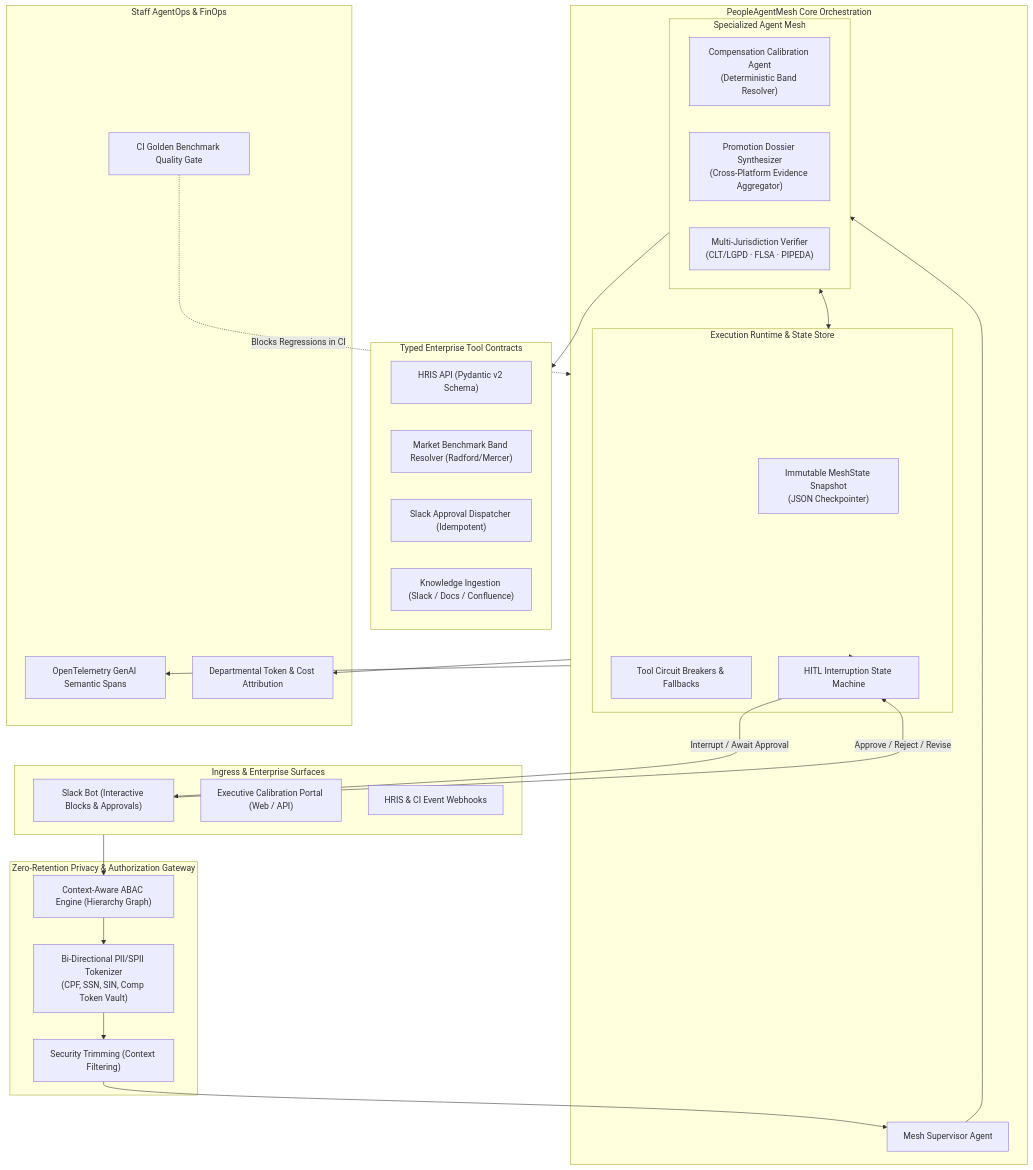
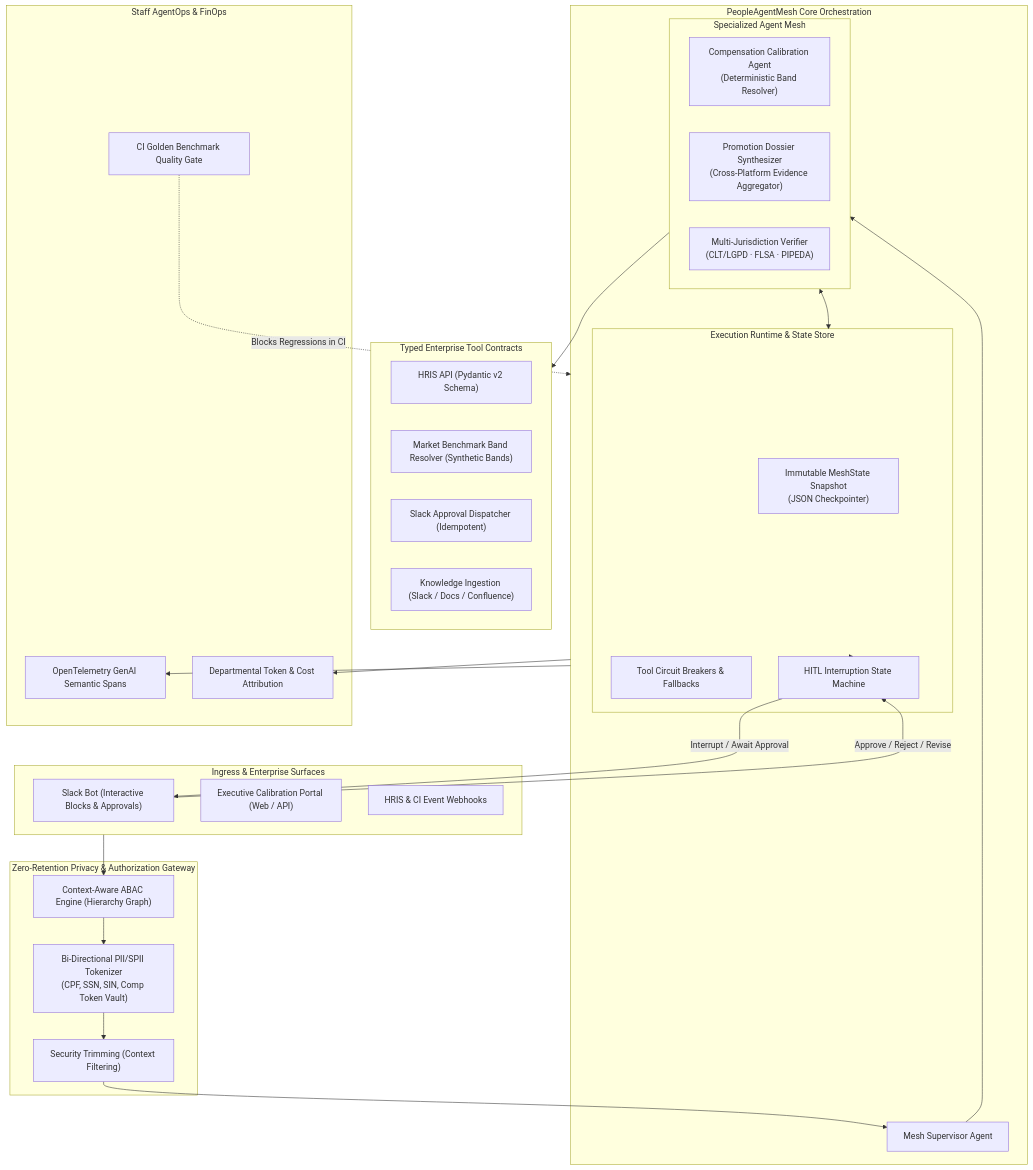
Before and after one commit to pedrogriff/people-agent-mesh: the diagram in README.md, drawn with Mermaid. The commit also changed other lines of this file and 16 other files, not shown here.

````diff
--- a/README.md
+++ b/README.md
@@ -32,60 +32,60 @@
 ```mermaid
 flowchart TD
     subgraph Ingress["Ingress & Enterprise Surfaces"]
         Slack["Slack Bot (Interactive Blocks & Approvals)"]
         Portal["Executive Calibration Portal (Web / API)"]
         Webhook["HRIS & CI Event Webhooks"]
     end
 
     subgraph SecurityPerimeter["Zero-Retention Privacy & Authorization Gateway"]
         AuthZ["Context-Aware ABAC Engine (Hierarchy Graph)"]
         PII_Vault["Bi-Directional PII/SPII Tokenizer\n(CPF, SSN, SIN, Comp Token Vault)"]
         SecTrim["Security Trimming (Context Filtering)"]
     end
 
     subgraph MeshEngine["PeopleAgentMesh Core Orchestration"]
         Supervisor["Mesh Supervisor Agent"]
         
         subgraph Specialists["Specialized Agent Mesh"]
             CompAgent["Compensation Calibration Agent\n(Deterministic Band Resolver)"]
             PromoAgent["Promotion Dossier Synthesizer\n(Cross-Platform Evidence Aggregator)"]
             ComplianceEngine["Multi-Jurisdiction Verifier\n(CLT/LGPD · FLSA · PIPEDA)"]
         end
 
         subgraph RuntimeState["Execution Runtime & State Store"]
             StateSnapshot["Immutable MeshState Snapshot\n(JSON Checkpointer)"]
             CircuitBreaker["Tool Circuit Breakers & Fallbacks"]
             HITLGate["HITL Interruption State Machine"]
         end
     end
 
     subgraph ToolContracts["Typed Enterprise Tool Contracts"]
         HRIS_Tool["HRIS API (Pydantic v2 Schema)"]
-        Market_Tool["Market Benchmark Band Resolver (Radford/Mercer)"]
+        Market_Tool["Market Benchmark Band Resolver (Synthetic Bands)"]
         Slack_Tool["Slack Approval Dispatcher (Idempotent)"]
         Doc_Tool["Knowledge Ingestion (Slack / Docs / Confluence)"]
     end
 
     subgraph Observability["Staff AgentOps & FinOps"]
         OTel["OpenTelemetry GenAI Semantic Spans"]
         FinOps["Departmental Token & Cost Attribution"]
         EvalGate["CI Golden Benchmark Quality Gate"]
     end
 
     Ingress --> AuthZ
     AuthZ --> PII_Vault
     PII_Vault --> SecTrim
     SecTrim --> Supervisor
 
     Supervisor --> Specialists
     Specialists <--> RuntimeState
     Specialists --> ToolContracts
 
     RuntimeState --> HITLGate
     HITLGate -->|Interrupt / Await Approval| Slack
     Slack -->|Approve / Reject / Revise| HITLGate
 
     MeshEngine --> OTel
     MeshEngine --> FinOps
     EvalGate -.->|Blocks Regressions in CI| MeshEngine
 ```
````
